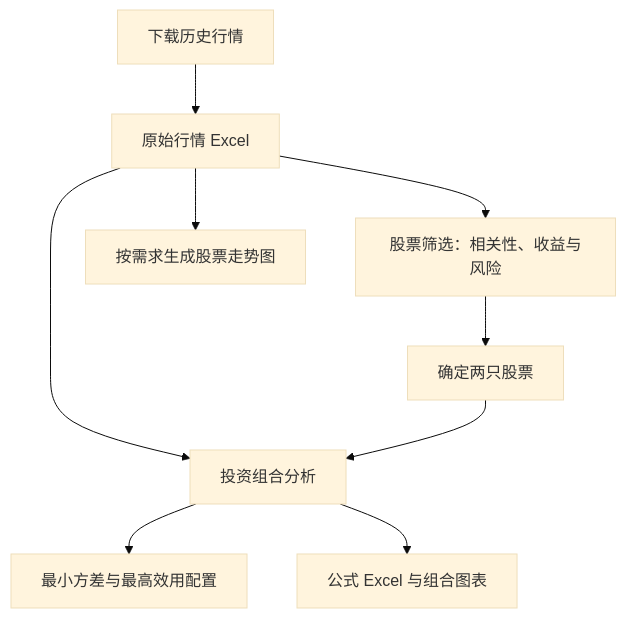
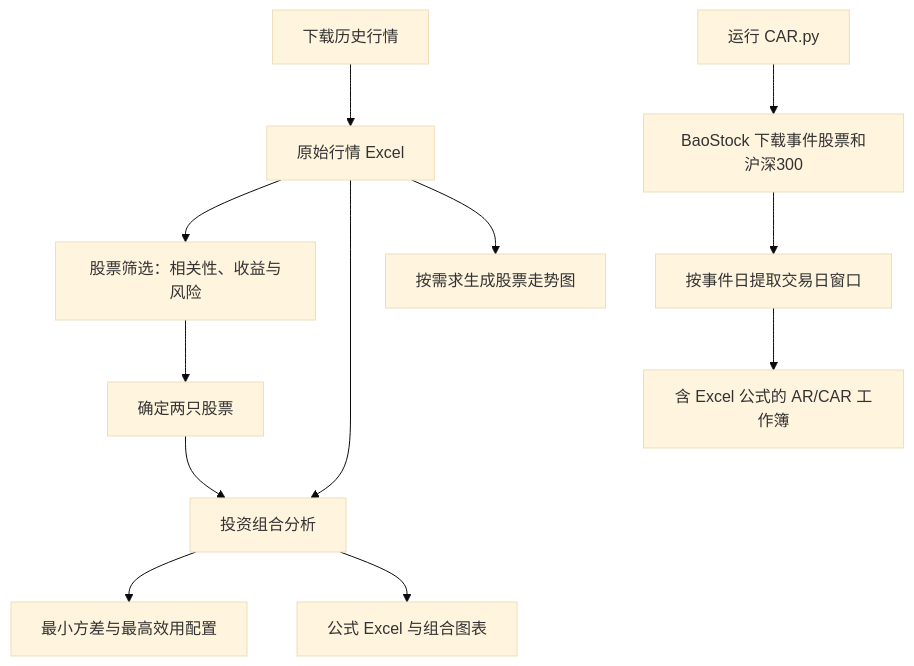
The diagram in README.md (sine36902-bit/China-A-Share-Portfolio-Analysis-Toolkit), drawn with Mermaid (base theme) before and after one commit. The commit also changed other lines of this file, not shown here.

Commit message:
docs: document CAR event study module and formula-based Excel export

````diff
--- a/README.md
+++ b/README.md
@@ -16,11 +22,15 @@
 ```mermaid
 flowchart TD
     A[下载历史行情] --> B[原始行情 Excel]
     B --> C[股票筛选：相关性、收益与风险]
     C --> D[确定两只股票]
     B --> E[投资组合分析]
     D --> E
     E --> F[最小方差与最高效用配置]
     E --> G[公式 Excel 与组合图表]
     B --> H[按需求生成股票走势图]
+
+    I[运行 CAR.py] --> J[BaoStock 下载事件股票和沪深300]
+    J --> K[按事件日提取交易日窗口]
+    K --> L[含 Excel 公式的 AR/CAR 工作簿]
 ```
````
